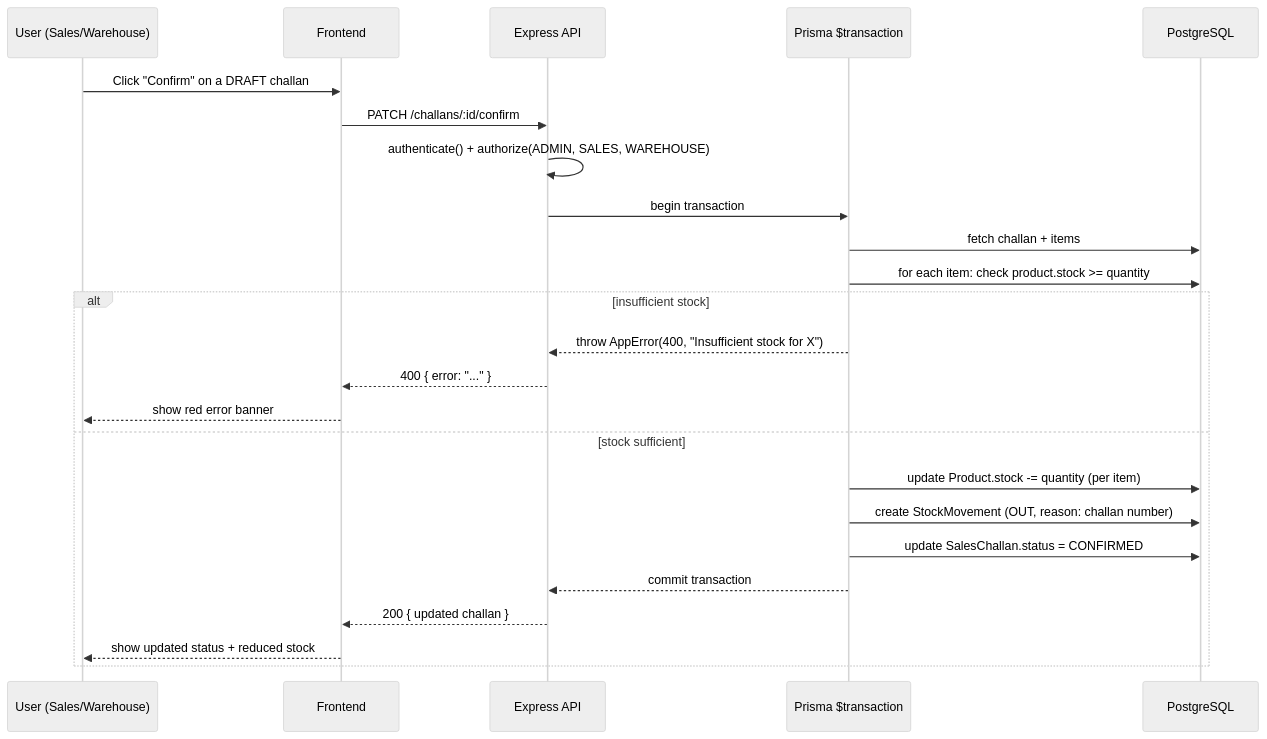
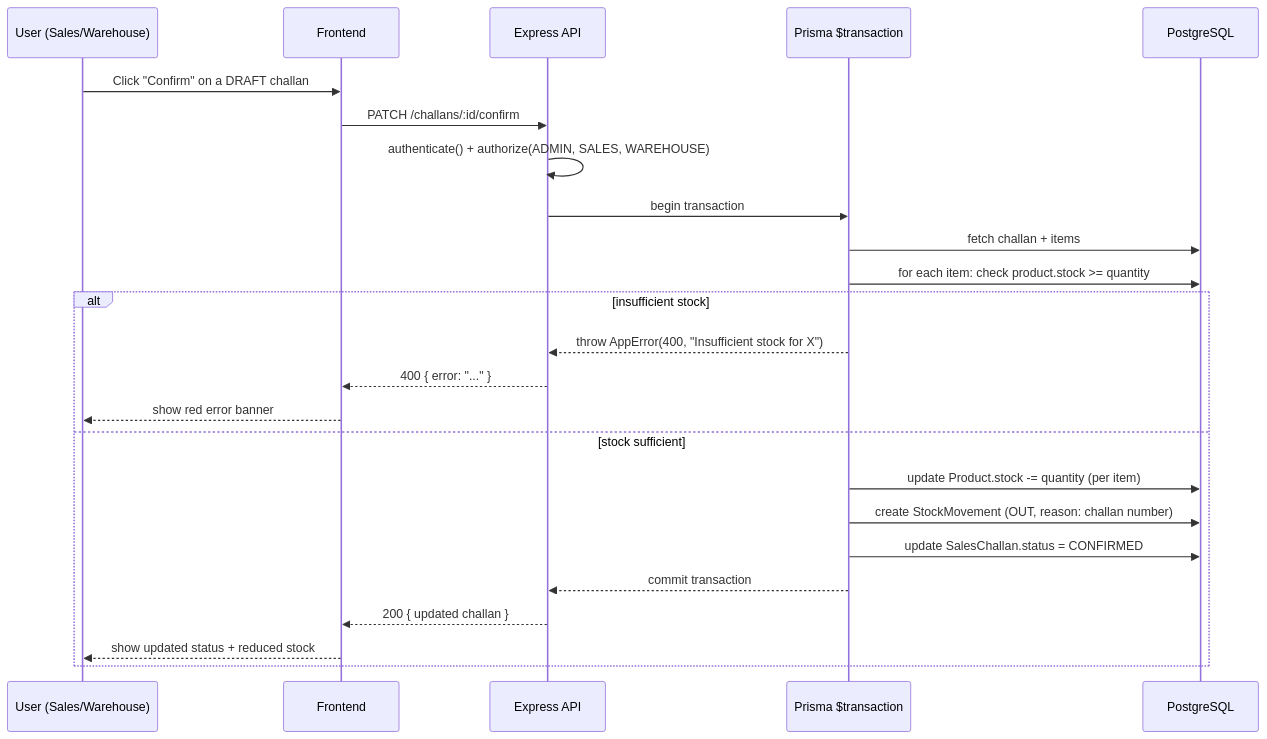
One commit to pvasu9055-hash/mini-erp-crm changed the third of 3 diagrams in README.md. Above: the diagram before and after it, drawn with Mermaid. The commit also changed other lines of this file, not shown here.

````diff
--- a/README.md
+++ b/README.md
@@ -191,28 +189,27 @@
 ```mermaid
-%%{init: {"theme": "neutral", "themeVariables": {"primaryTextColor": "#000000", "textColor": "#000000", "lineColor": "#000000", "actorTextColor": "#000000", "signalTextColor": "#000000"}}}%%
 sequenceDiagram
     participant U as User (Sales/Warehouse)
     participant F as Frontend
     participant A as Express API
     participant T as Prisma $transaction
     participant D as PostgreSQL
 
     U->>F: Click "Confirm" on a DRAFT challan
     F->>A: PATCH /challans/:id/confirm
     A->>A: authenticate() + authorize(ADMIN, SALES, WAREHOUSE)
     A->>T: begin transaction
     T->>D: fetch challan + items
     T->>D: for each item: check product.stock >= quantity
     alt insufficient stock
         T-->>A: throw AppError(400, "Insufficient stock for X")
         A-->>F: 400 { error: "..." }
         F-->>U: show red error banner
     else stock sufficient
         T->>D: update Product.stock -= quantity (per item)
         T->>D: create StockMovement (OUT, reason: challan number)
         T->>D: update SalesChallan.status = CONFIRMED
         T-->>A: commit transaction
         A-->>F: 200 { updated challan }
         F-->>U: show updated status + reduced stock
     end
 ```
````
